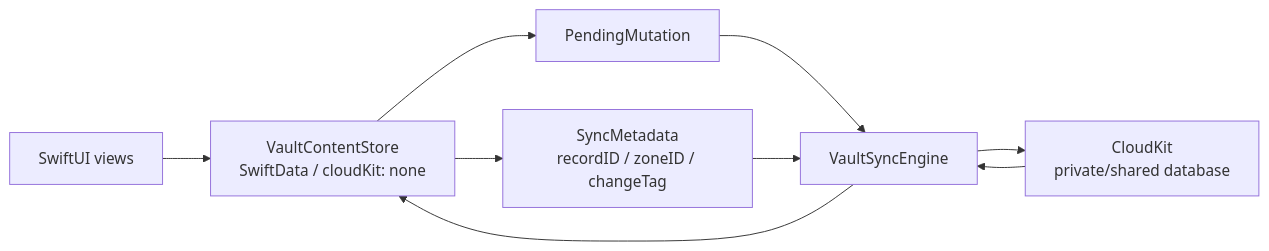
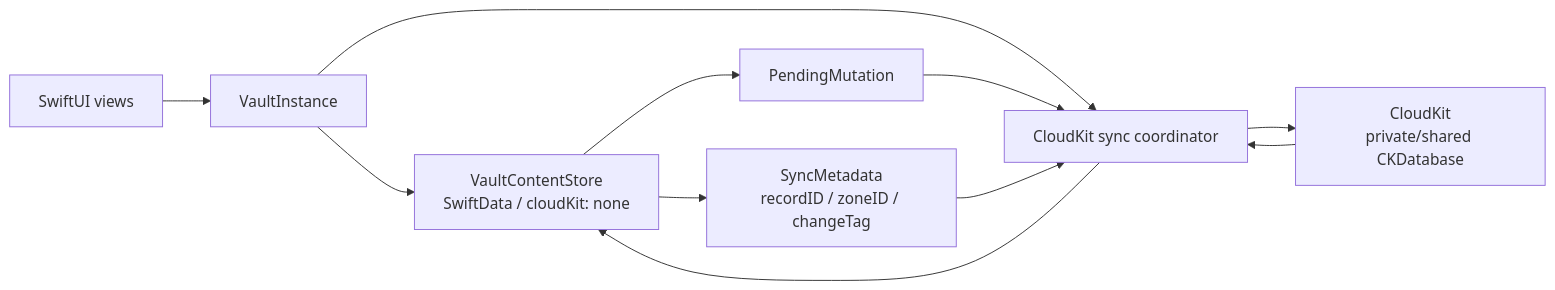
Before and after one commit to muukii/MuApps: the second of 9 diagrams in Apps/Journal/docs/VAULT_SYNC_DESIGN.md, drawn with Mermaid. The commit also changed other lines of this file and 68 other files, not shown here.

````diff
--- a/Apps/Journal/docs/VAULT_SYNC_DESIGN.md
+++ b/Apps/Journal/docs/VAULT_SYNC_DESIGN.md
@@ -71,18 +81,21 @@
 ```mermaid
 flowchart LR
   View["SwiftUI views"]
+  Instance["VaultInstance"]
   Store["VaultContentStore<br/>SwiftData / cloudKit: none"]
   Metadata["SyncMetadata<br/>recordID / zoneID / changeTag"]
   Outbox["PendingMutation"]
-  Sync["VaultSyncEngine"]
-  CloudKit["CloudKit<br/>private/shared database"]
+  Sync["CloudKit sync coordinator"]
+  CloudKit["CloudKit<br/>private/shared CKDatabase"]
 
-  View --> Store
+  View --> Instance
+  Instance --> Store
+  Instance --> Sync
   Store --> Metadata
   Store --> Outbox
   Outbox --> Sync
   Metadata --> Sync
   Sync --> CloudKit
   CloudKit --> Sync
   Sync --> Store
 ```
````
